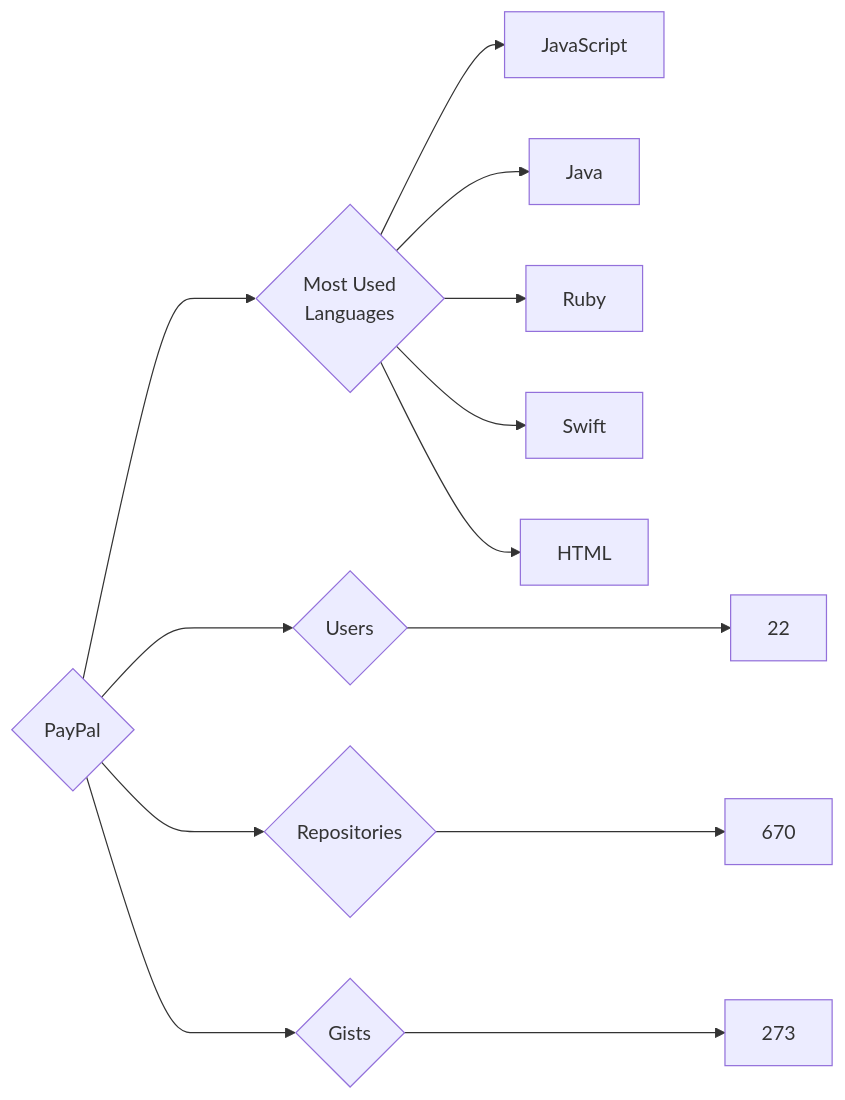
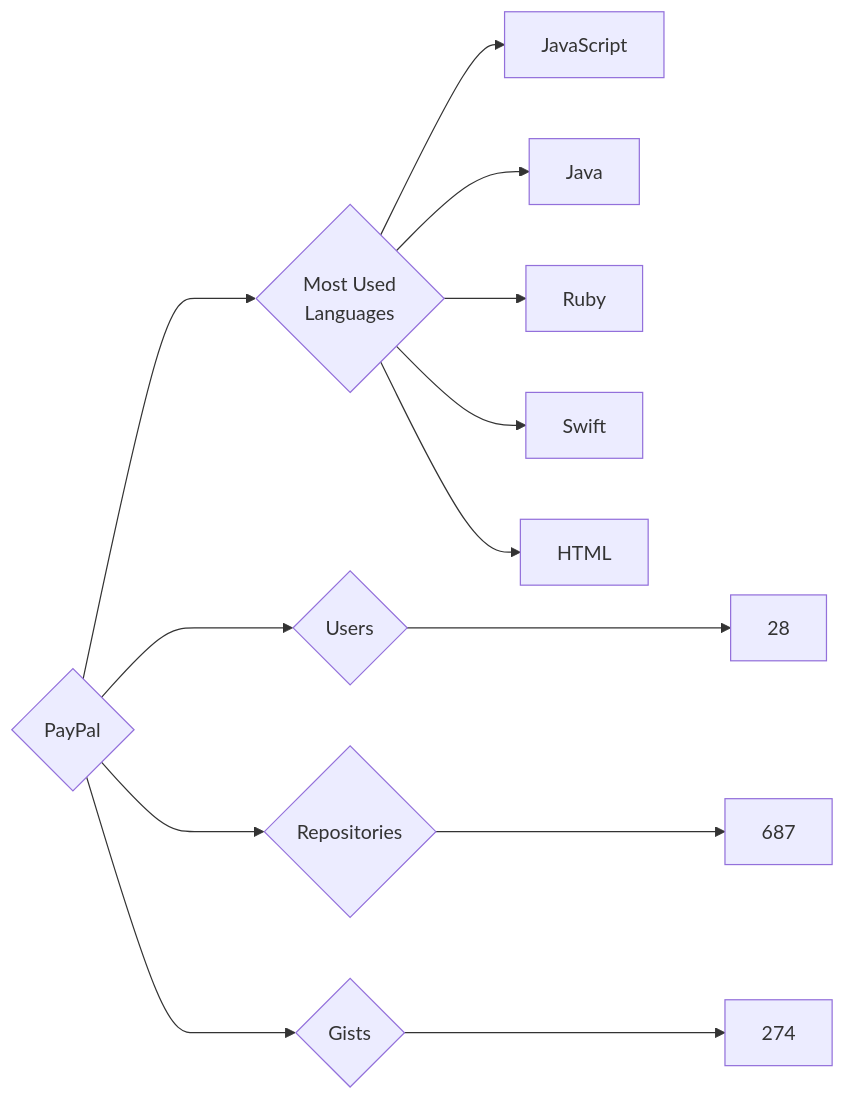
One commit to trickest/insiders changed the diagram in targets/PayPal/README.md. Above: the diagram before and after it, drawn with Mermaid. The commit also changed 677 other files, not shown here.

````diff
--- a/targets/PayPal/README.md
+++ b/targets/PayPal/README.md
@@ -3,13 +3,13 @@
 ```mermaid
 graph LR
 COMPANY_NAME{PayPal}
-COMPANY_NAME ---> U{Users} ---> UN[22]
-COMPANY_NAME ---> R{Repositories} ---> RN[670]
-COMPANY_NAME ---> G{Gists} ---> GN[273]
+COMPANY_NAME ---> U{Users} ---> UN[28]
+COMPANY_NAME ---> R{Repositories} ---> RN[687]
+COMPANY_NAME ---> G{Gists} ---> GN[274]
 COMPANY_NAME ---> ML{Most Used<br>Languages}
 ML --> JavaScript[JavaScript]
 ML --> Java[Java]
 ML --> Ruby[Ruby]
 ML --> Swift[Swift]
 ML --> HTML[HTML]
 ```
````
